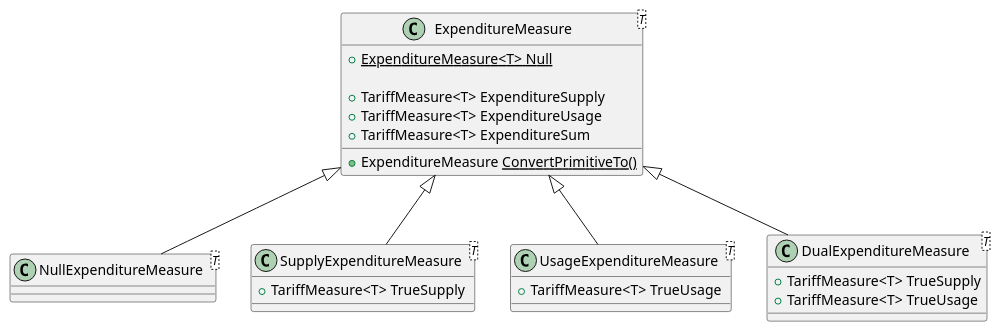
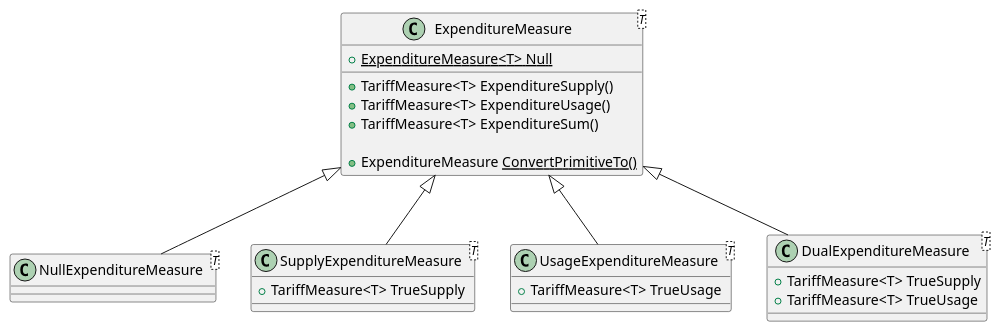
Diagram 15 of 36 in docs/wiki/en/structure/business.md (altibiz/ozds), drawn with PlantUML before and after one commit. The commit also changed other lines of this file and 53 other files, not shown here.

````diff
--- a/docs/wiki/en/structure/business.md
+++ b/docs/wiki/en/structure/business.md
@@ -560,39 +560,39 @@
 ```plantuml
 @startuml
 
 class ExpenditureMeasure<T>
 {
   + {static} ExpenditureMeasure<T> Null
 
-  + TariffMeasure<T> ExpenditureSupply
-  + TariffMeasure<T> ExpenditureUsage
-  + TariffMeasure<T> ExpenditureSum
+  + TariffMeasure<T> ExpenditureSupply()
+  + TariffMeasure<T> ExpenditureUsage()
+  + TariffMeasure<T> ExpenditureSum()
 
   + ExpenditureMeasure<U> ConvertPrimitiveTo<U>()
 }
 
 class NullExpenditureMeasure<T>
 
 class SupplyExpenditureMeasure<T>
 {
   + TariffMeasure<T> TrueSupply
 }
 
 class UsageExpenditureMeasure<T>
 {
   + TariffMeasure<T> TrueUsage
 }
 
 class DualExpenditureMeasure<T>
 {
   + TariffMeasure<T> TrueSupply
   + TariffMeasure<T> TrueUsage
 }
 
 ExpenditureMeasure <|-- SupplyExpenditureMeasure
 ExpenditureMeasure <|-- UsageExpenditureMeasure
 ExpenditureMeasure <|-- DualExpenditureMeasure
 ExpenditureMeasure <|-- NullExpenditureMeasure
 
 @enduml
 ```
````
